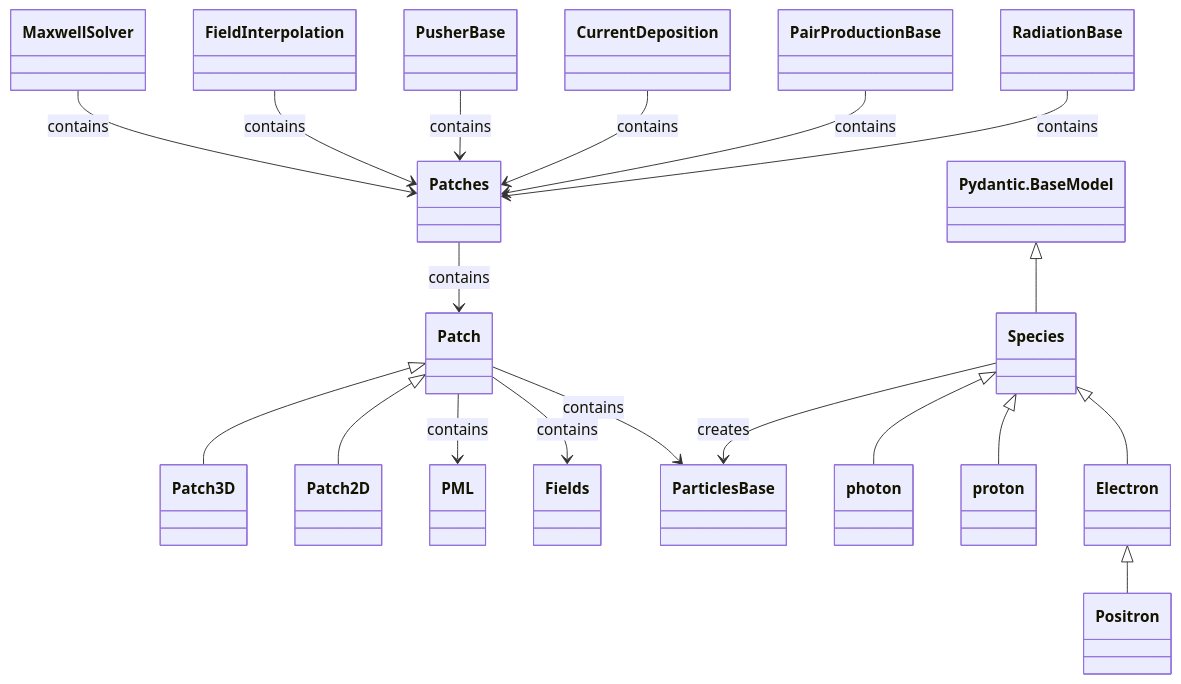
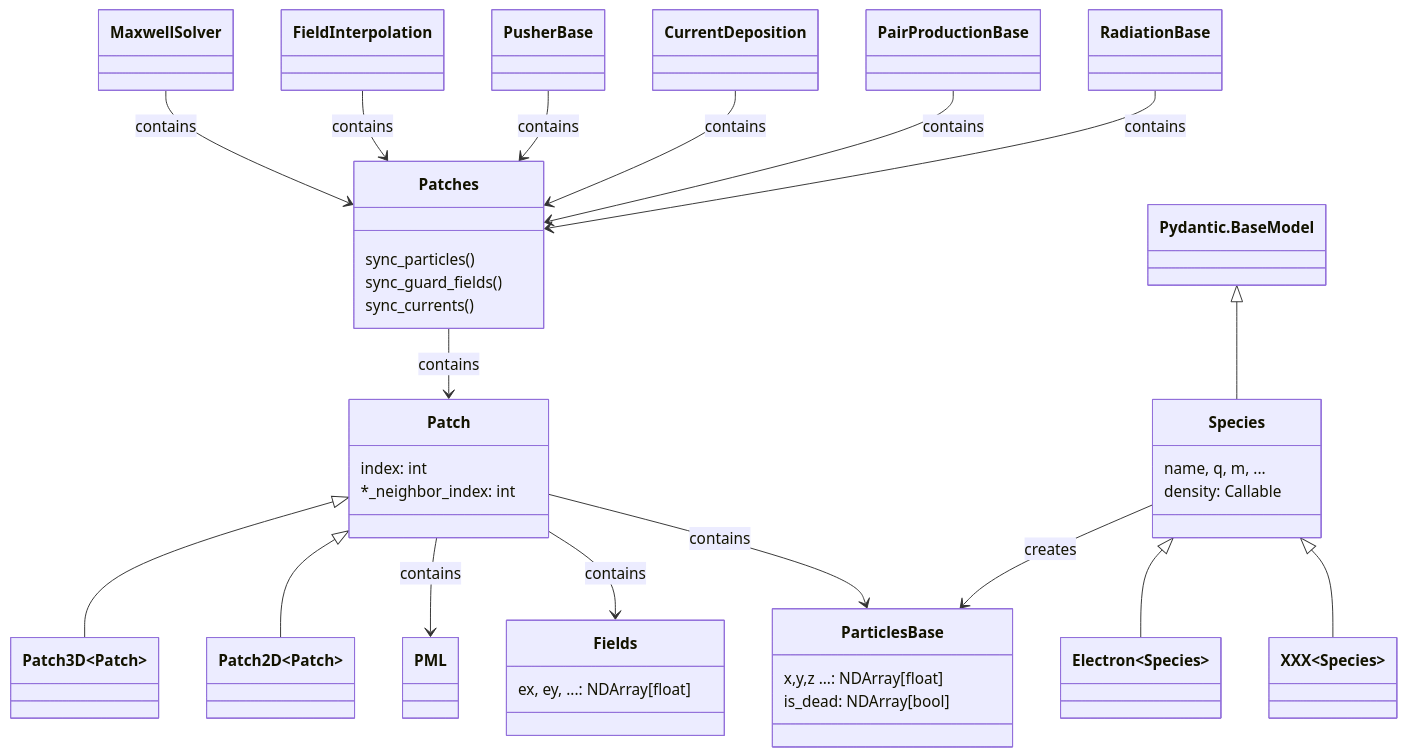
The diagram in README.md (xsgeng/libpic), drawn with Mermaid before and after one commit. The commit also changed other lines of this file, not shown here.

Commit message:
chore: Update task completion status in README.md

````diff
--- a/README.md
+++ b/README.md
@@ -51,25 +52,48 @@
 ```mermaid
 classDiagram
     Patches --> Patch : contains
 
     Patch --> ParticlesBase : contains
     Patch --> Fields : contains
     Patch --> PML : contains
 
-    Patch <|-- Patch2D
-    Patch <|-- Patch3D
+    Patch <|-- Patch2D~Patch~
+    Patch <|-- Patch3D~Patch~
 
     RadiationBase --> Patches : contains
     PairProductionBase --> Patches : contains
     CurrentDeposition --> Patches : contains
     PusherBase --> Patches : contains
     FieldInterpolation --> Patches : contains
     MaxwellSolver --> Patches : contains
 
     Pydantic.BaseModel <|-- Species
-    Species <|-- Electron
-    Electron <|-- Positron
-    Species <|-- proton
-    Species <|-- photon
+    Species <|-- XXX~Species~
+    Species <|-- Electron~Species~
     Species --> ParticlesBase : creates
+
+    class Patch {
+        index: int
+        *_neighbor_index: int
+    }
+
+    class Patches {
+        sync_particles()
+        sync_guard_fields()
+        sync_currents()
+    }
+
+    class ParticlesBase {
+        x,y,z ...: NDArray[float]
+        is_dead: NDArray[bool]
+    }
+
+    class Fields {
+        ex, ey, ...: NDArray[float]
+    }
+
+    class Species {
+        name, q, m, ...
+        density: Callable
+    }
 ```
````
